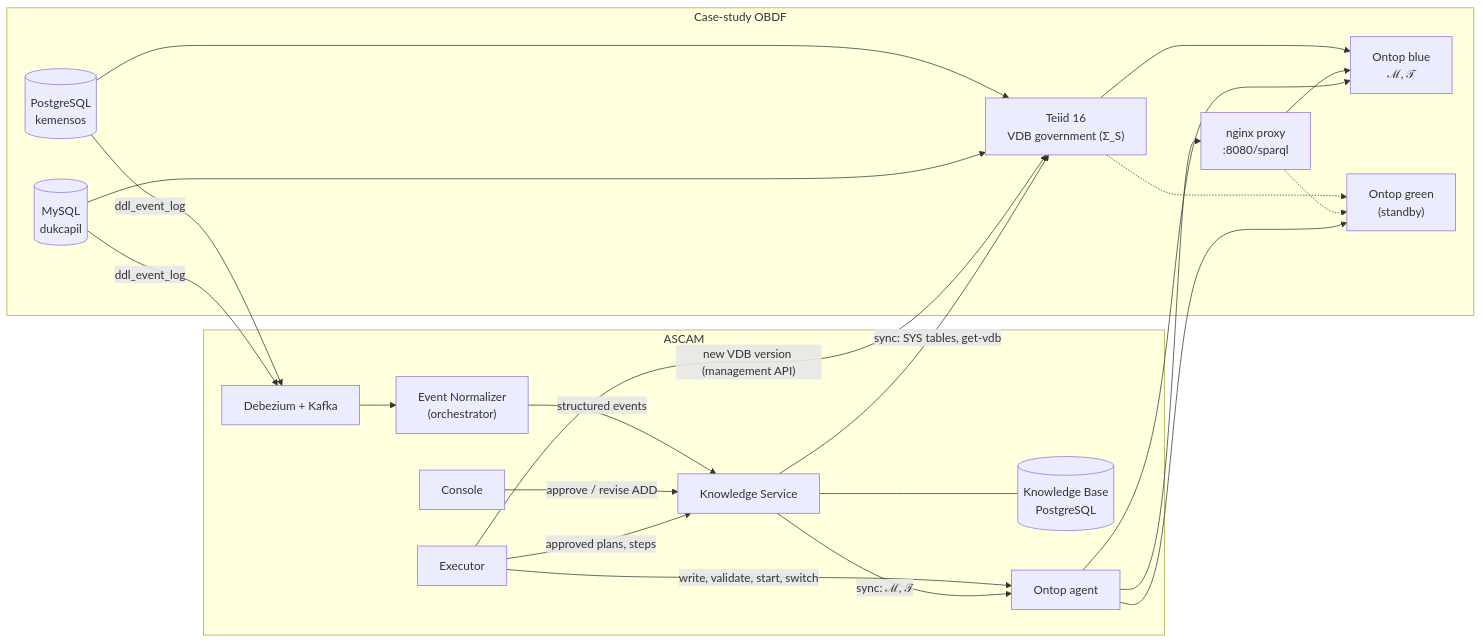
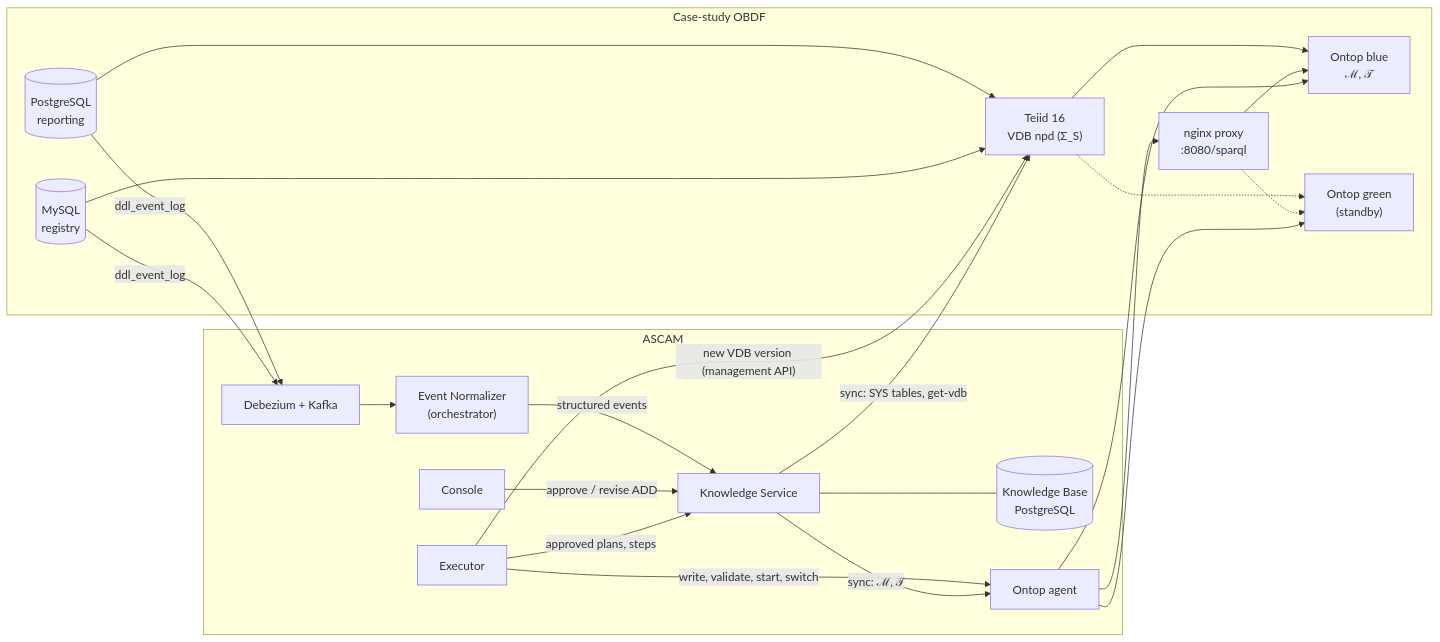
One commit to rahilaode/data-federation-dev changed the diagram in README.md. Above: the diagram before and after it, drawn with Mermaid. The commit also changed other lines of this file and 104 other files, not shown here.

````diff
--- a/README.md
+++ b/README.md
@@ -26,40 +27,40 @@
 ```mermaid
 flowchart LR
     subgraph OBDF["Case-study OBDF"]
-        PG[("PostgreSQL<br/>kemensos")]
-        MY[("MySQL<br/>dukcapil")]
-        TEIID["Teiid 16<br/>VDB government (Σ_S)"]
+        PG[("PostgreSQL<br/>reporting")]
+        MY[("MySQL<br/>registry")]
+        TEIID["Teiid 16<br/>VDB npd (Σ_S)"]
         PROXY["nginx proxy<br/>:8080/sparql"]
         BLUE["Ontop blue<br/>ℳ, 𝒯"]
         GREEN["Ontop green<br/>(standby)"]
         PG --> TEIID
         MY --> TEIID
         TEIID --> BLUE
         TEIID -.-> GREEN
         PROXY --> BLUE
         PROXY -.-> GREEN
     end
     subgraph ASCAM
         DBZ["Debezium + Kafka"]
         EN["Event Normalizer<br/>(orchestrator)"]
         KS["Knowledge Service"]
         KB[("Knowledge Base<br/>PostgreSQL")]
         EX["Executor"]
         AG["Ontop agent"]
         UI["Console"]
     end
     PG -- "ddl_event_log" --> DBZ
     MY -- "ddl_event_log" --> DBZ
     DBZ --> EN
     EN -- "structured events" --> KS
     KS --- KB
     UI -- "approve / revise ADD" --> KS
     EX -- "approved plans, steps" --> KS
     EX -- "new VDB version (management API)" --> TEIID
     EX -- "write, validate, start, switch" --> AG
     AG --> BLUE
     AG --> GREEN
     AG --> PROXY
     KS -- "sync: SYS tables, get-vdb" --> TEIID
     KS -- "sync: ℳ, 𝒯" --> AG
 ```
````
